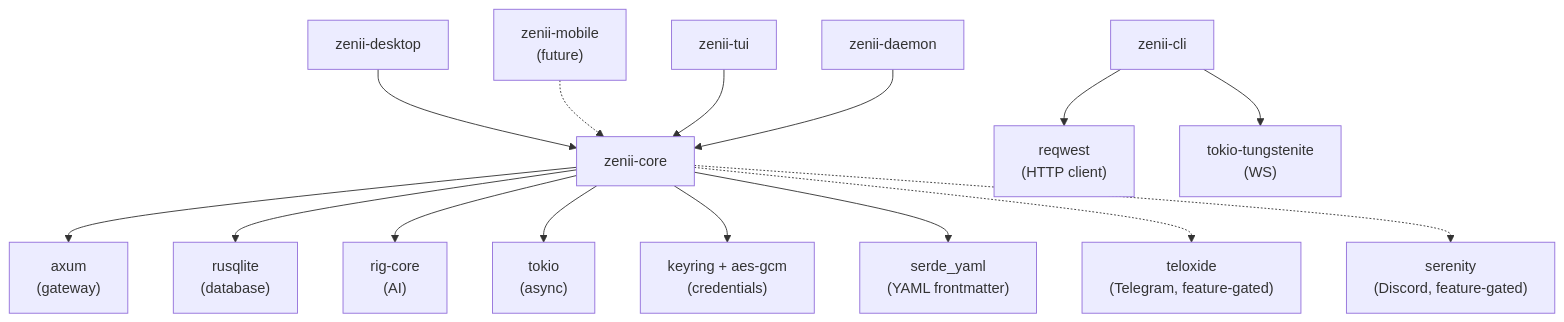
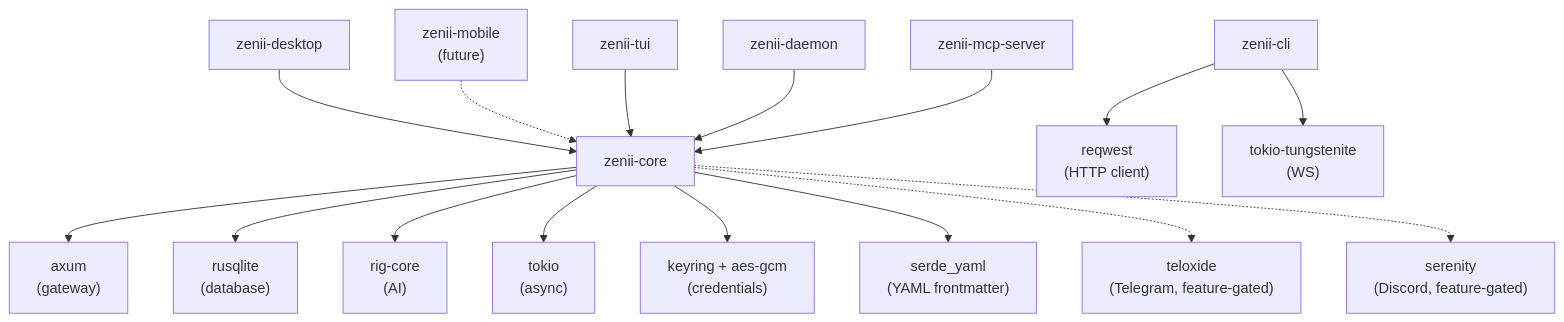
The first of 6 diagrams in README.md (sprklai/mesoclaw), drawn with Mermaid before and after one commit. The commit also changed other lines of this file and 19 other files, not shown here.

First line of the commit message:
feat: add MCP server binary and harden tool visibility enforcement

````diff
--- a/README.md
+++ b/README.md
@@ -294,19 +331,20 @@
 ```mermaid
 graph TD
     desktop[zenii-desktop] --> core[zenii-core]
     mobile["zenii-mobile<br>#40;future#41;"] -.-> core
     cli[zenii-cli]
     cli --> reqwest["reqwest<br>#40;HTTP client#41;"]
     cli --> tungstenite["tokio-tungstenite<br>#40;WS#41;"]
     tui[zenii-tui] --> core
     daemon[zenii-daemon] --> core
+    mcpserver[zenii-mcp-server] --> core
 
     core --> axum["axum<br>#40;gateway#41;"]
     core --> rusqlite["rusqlite<br>#40;database#41;"]
     core --> rigcore["rig-core<br>#40;AI#41;"]
     core --> tokio["tokio<br>#40;async#41;"]
     core --> keyring["keyring + aes-gcm<br>#40;credentials#41;"]
     core --> serdeyaml["serde_yaml<br>#40;YAML frontmatter#41;"]
     core -.-> teloxide["teloxide<br>#40;Telegram, feature-gated#41;"]
     core -.-> serenity["serenity<br>#40;Discord, feature-gated#41;"]
 ```
````
